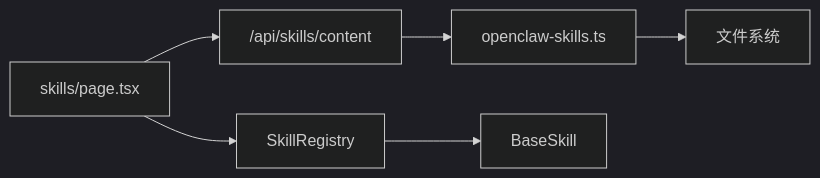
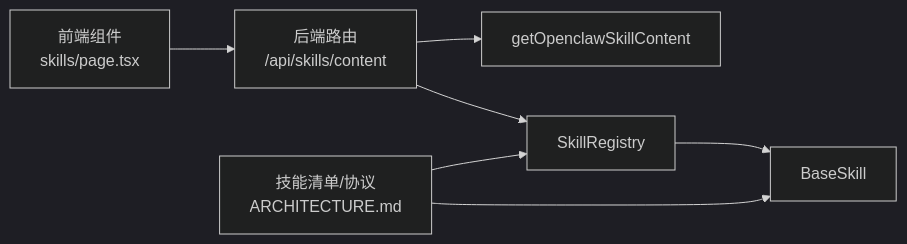
One commit to sansansansansan2022-web/hotclaw changed the sixth of 6 diagrams in .qoder/repowiki/zh/content/技能系统/内置技能实现/新闻抓取技能.md. Above: the diagram before and after it, drawn with Mermaid (dark theme). The commit also changed other lines of this file and 288 other files, not shown here.

````diff
--- a/.qoder/repowiki/zh/content/技能系统/内置技能实现/新闻抓取技能.md
+++ b/.qoder/repowiki/zh/content/技能系统/内置技能实现/新闻抓取技能.md
@@ -215,8 +207,9 @@
 ```mermaid
 graph LR
-Page["skills/page.tsx"] --> Route["/api/skills/content"]
-Route --> Lib["openclaw-skills.ts"]
-Lib --> FS["文件系统"]
-Page --> Registry["SkillRegistry"]
-Registry --> Base["BaseSkill"]
+FE_Page["前端组件<br/>skills/page.tsx"] --> API_Content["后端路由<br/>/api/skills/content"]
+API_Content --> Lib_Get["getOpenclawSkillContent"]
+API_Content --> Reg["SkillRegistry"]
+Reg --> Base["BaseSkill"]
+Manifest["技能清单/协议<br/>ARCHITECTURE.md"] --> Reg
+Manifest --> Base
 ```
````
